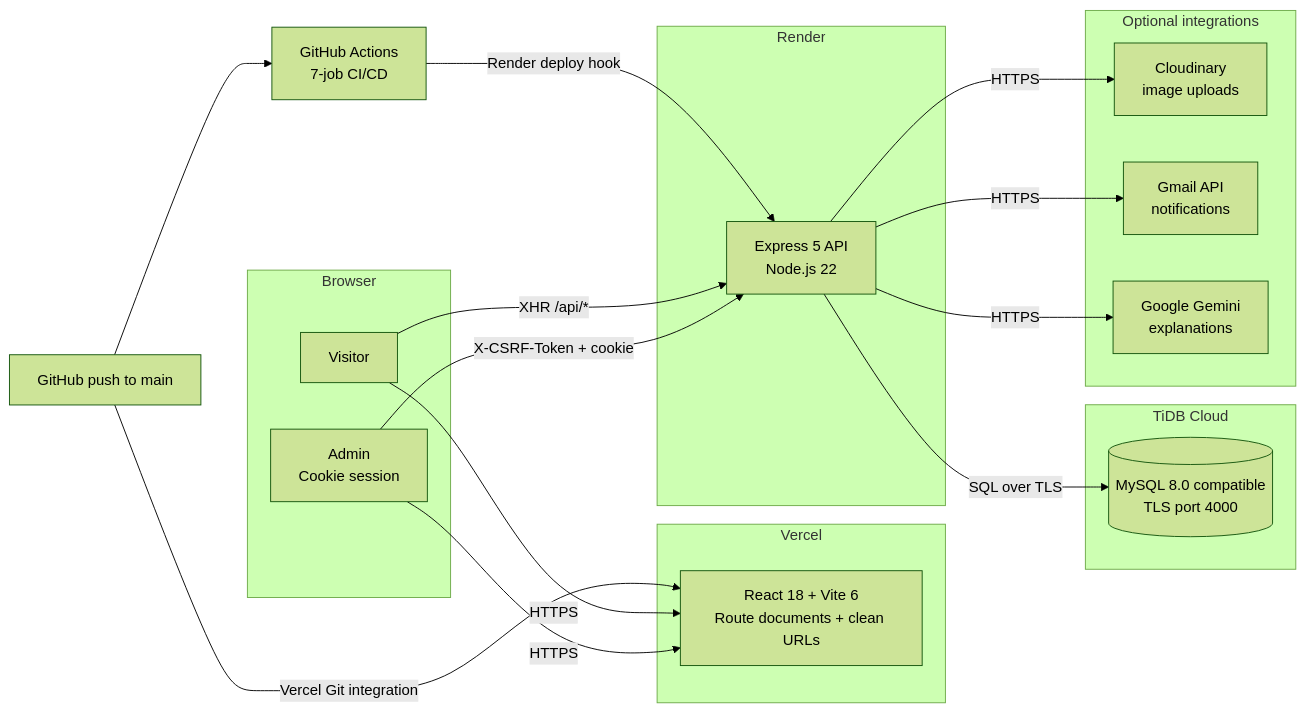
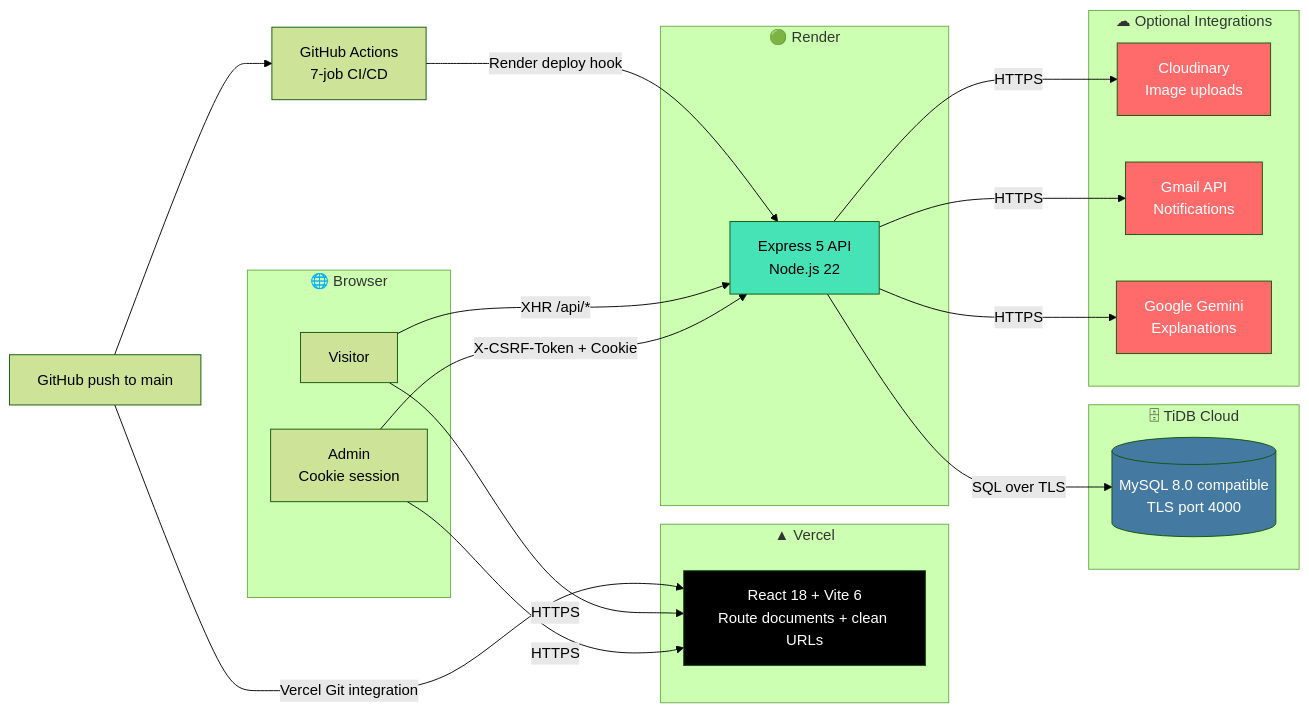
The first of 2 diagrams in README.md (mayuresh-2601/MK-PORTFOLIO), drawn with Mermaid (forest theme) before and after one commit. The commit also changed other lines of this file, not shown here.

Commit message:
docs: major README rewrite - add blog/tool showcases, architecture diagrams, enhanced screenshots, comprehensive feature tables, and professional formatting

````diff
--- a/README.md
+++ b/README.md
@@ -236,38 +259,47 @@
 ```mermaid
 flowchart LR
-    subgraph Browser["Browser"]
+    subgraph Browser["🌐 Browser"]
         U["Visitor"]
         A["Admin<br/>Cookie session"]
     end
 
-    subgraph Frontend["Vercel"]
+    subgraph Frontend["▲ Vercel"]
         V["React 18 + Vite 6<br/>Route documents + clean URLs"]
     end
 
-    subgraph Backend["Render"]
+    subgraph Backend["🟢 Render"]
         R["Express 5 API<br/>Node.js 22"]
     end
 
-    subgraph Data["TiDB Cloud"]
+    subgraph Data["🗄 TiDB Cloud"]
         D[("MySQL 8.0 compatible<br/>TLS port 4000")]
     end
 
-    subgraph Optional["Optional integrations"]
-        C["Cloudinary<br/>image uploads"]
-        G["Gmail API<br/>notifications"]
-        AI["Google Gemini<br/>explanations"]
+    subgraph Optional["☁ Optional Integrations"]
+        C["Cloudinary<br/>Image uploads"]
+        G["Gmail API<br/>Notifications"]
+        AI["Google Gemini<br/>Explanations"]
     end
 
     GH["GitHub push to main"] -->|"Vercel Git integration"| V
     GH --> CI["GitHub Actions<br/>7-job CI/CD"]
     CI -->|"Render deploy hook"| R
 
     U -->|HTTPS| V
     A -->|HTTPS| V
     U -->|"XHR /api/*"| R
-    A -->|"X-CSRF-Token + cookie"| R
+    A -->|"X-CSRF-Token + Cookie"| R
     R -->|"SQL over TLS"| D
-    R -->|"HTTPS"| C
-    R -->|"HTTPS"| G
-    R -->|"HTTPS"| AI
+    R -->|HTTPS| C
+    R -->|HTTPS| G
+    R -->|HTTPS| AI
+
+    classDef vercel fill:#000,color:#fff;
+    classDef render fill:#46E3B7,color:#000;
+    classDef tidb fill:#4479A1,color:#fff;
+    classDef opt fill:#ff6b6b,color:#fff;
+    class V vercel;
+    class R render;
+    class D tidb;
+    class C,G,AI opt;
 ```
````
